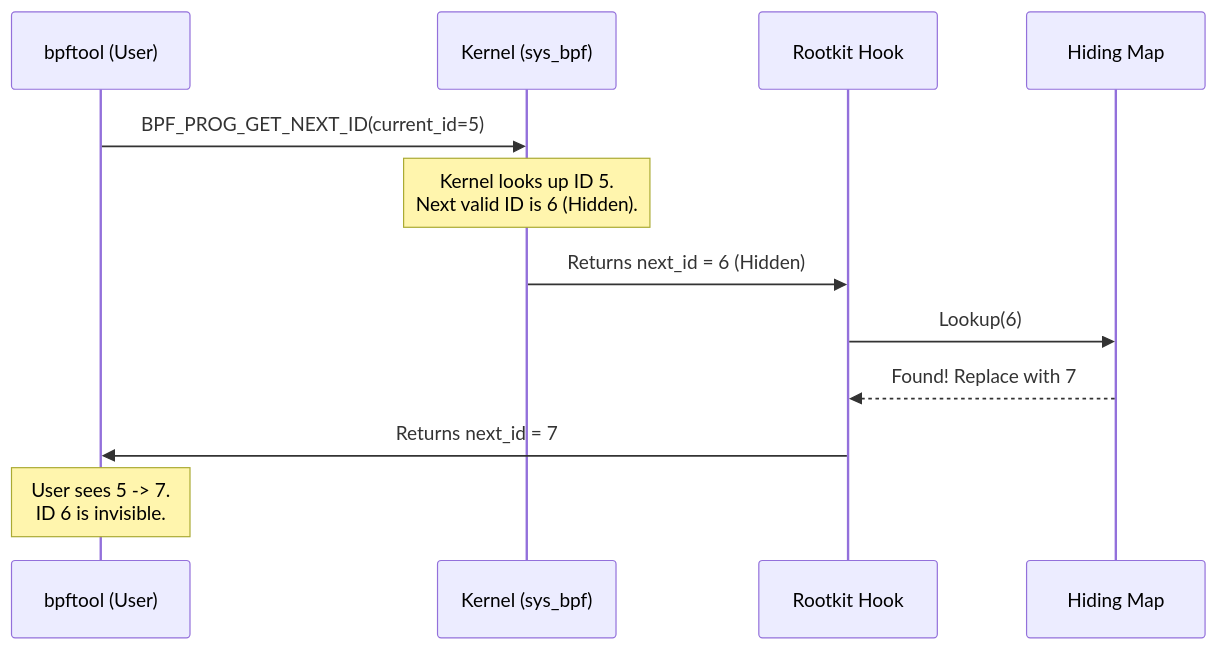
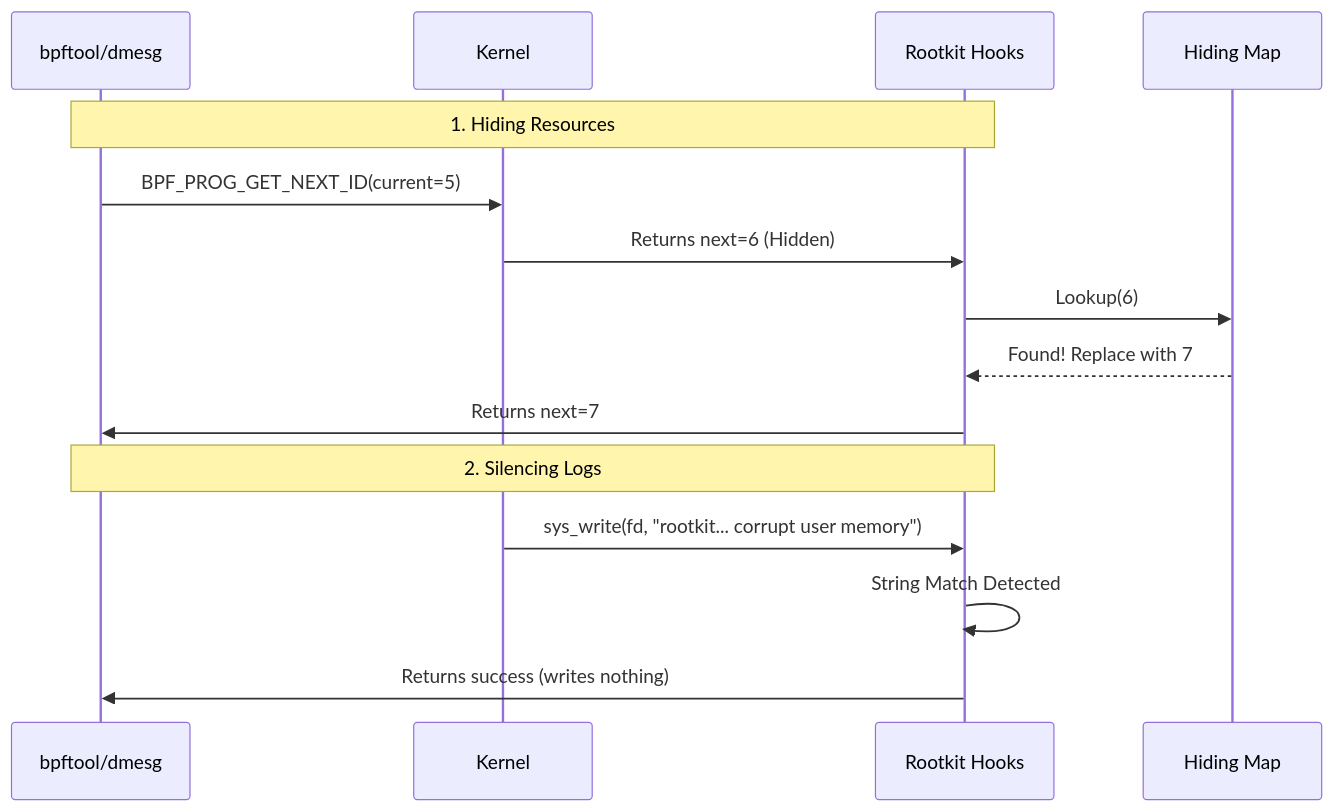
One commit to Jaccson-dev/ebpfog changed the diagram in README.md. Above: the diagram before and after it, drawn with Mermaid. The commit also changed other lines of this file, not shown here.

````diff
--- a/README.md
+++ b/README.md
@@ -19,15 +25,19 @@
 ```mermaid
 sequenceDiagram
-    participant UserTool as bpftool (User)
-    participant Kernel as Kernel (sys_bpf)
-    participant Rootkit as Rootkit Hook
+    participant UserTool as bpftool/dmesg
+    participant Kernel as Kernel
+    participant Rootkit as Rootkit Hooks
     participant Map as Hiding Map
 
-    UserTool->>Kernel: BPF_PROG_GET_NEXT_ID(current_id=5)
-    Note over Kernel: Kernel looks up ID 5.<br/>Next valid ID is 6 (Hidden).
-    Kernel->>Rootkit: Returns next_id = 6 (Hidden)
+    Note over UserTool, Rootkit: 1. Hiding Resources
+    UserTool->>Kernel: BPF_PROG_GET_NEXT_ID(current=5)
+    Kernel->>Rootkit: Returns next=6 (Hidden)
     Rootkit->>Map: Lookup(6)
     Map-->>Rootkit: Found! Replace with 7
-    Rootkit->>UserTool: Returns next_id = 7
-    Note over UserTool: User sees 5 -> 7.<br/>ID 6 is invisible.
+    Rootkit->>UserTool: Returns next=7
+
+    Note over UserTool, Rootkit: 2. Silencing Logs
+    Kernel->>Rootkit: sys_write(fd, "rootkit... corrupt user memory")
+    Rootkit->>Rootkit: String Match Detected
+    Rootkit->>UserTool: Returns success (writes nothing)
 ```
````
